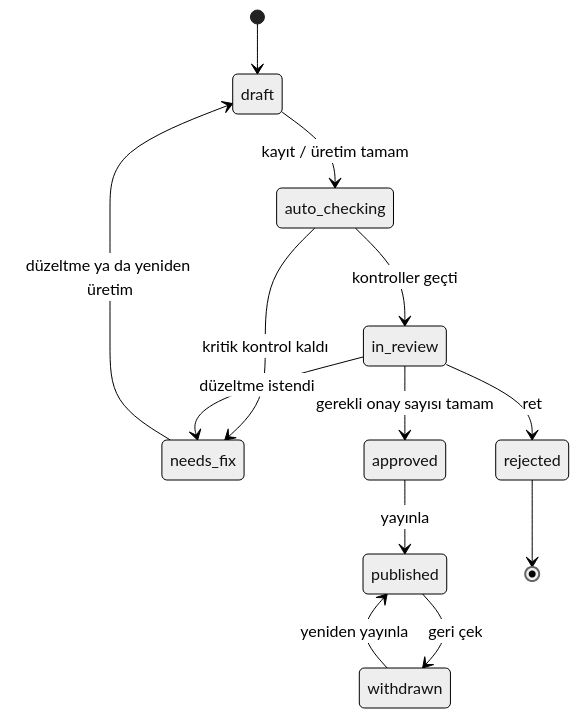
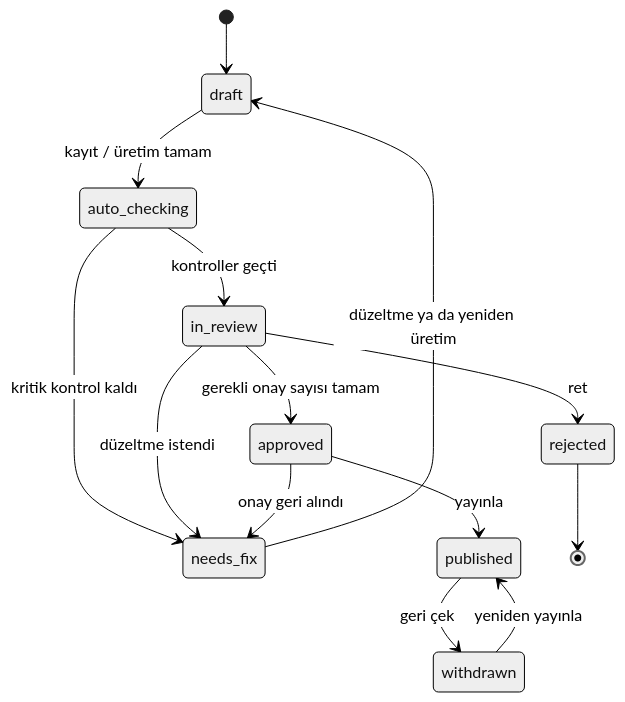
Before and after one commit to neslieda/LearningQlab: the second of 3 diagrams in docs/DOMAIN_MODEL.md, drawn with Mermaid (neutral theme). The commit also changed other lines of this file and 5 other files, not shown here.

````diff
--- a/docs/DOMAIN_MODEL.md
+++ b/docs/DOMAIN_MODEL.md
@@ -141,15 +141,16 @@
 ```mermaid
 stateDiagram-v2
   [*] --> draft
   draft --> auto_checking: kayıt / üretim tamam
   auto_checking --> needs_fix: kritik kontrol kaldı
   needs_fix --> draft: düzeltme ya da yeniden üretim
   auto_checking --> in_review: kontroller geçti
   in_review --> approved: gerekli onay sayısı tamam
   in_review --> needs_fix: düzeltme istendi
   in_review --> rejected: ret
+  approved --> needs_fix: onay geri alındı
   approved --> published: yayınla
   published --> withdrawn: geri çek
   withdrawn --> published: yeniden yayınla
   rejected --> [*]
 ```
````
